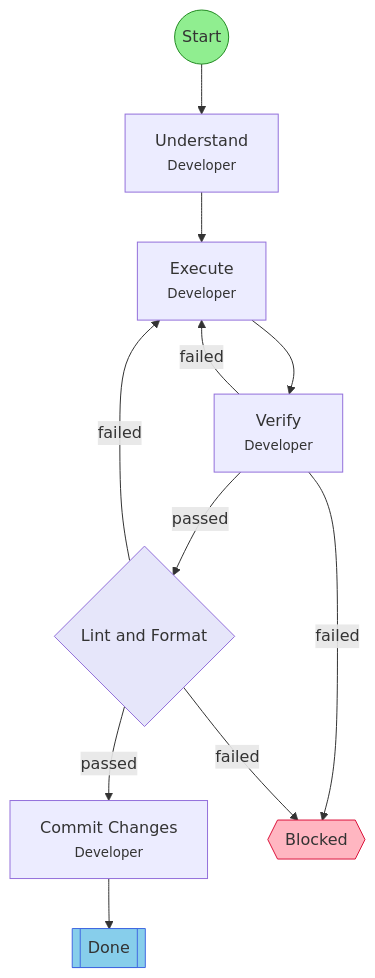
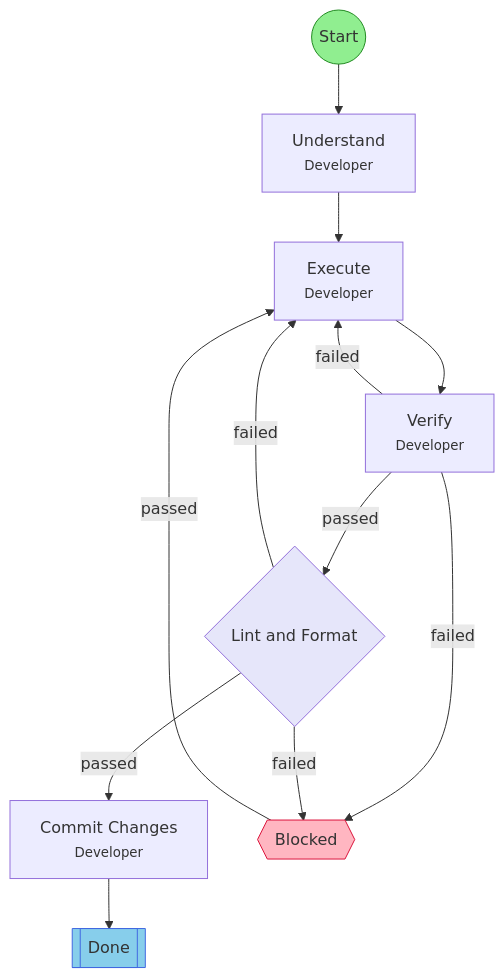
One commit to leclabs/agent-toolkit changed the diagram in .flow/diagrams/quick-task.md. Above: the diagram before and after it, drawn with Mermaid. The commit also changed other lines of this file and 23 other files, not shown here.

First line of the commit message:
feat: enrich fork responses with per-branch step info for parallel task sets

````diff
--- a/.flow/diagrams/quick-task.md
+++ b/.flow/diagrams/quick-task.md
@@ -7,32 +7,34 @@
 ```mermaid
 flowchart TD
     start(("Start"))
     understand["Understand<br/><small>Developer</small>"]
     execute["Execute<br/><small>Developer</small>"]
     verify["Verify<br/><small>Developer</small>"]
     lint_format{"Lint and Format"}
     commit["Commit Changes<br/><small>Developer</small>"]
     end_success[["Done"]]
     hitl_blocked{{"Blocked"}}
 
     start --> understand
     understand --> execute
     execute --> verify
     verify -->|passed| lint_format
     verify -->|failed| execute
     verify -->|failed| hitl_blocked
     lint_format -->|passed| commit
     lint_format -->|failed| execute
     lint_format -->|failed| hitl_blocked
     commit --> end_success
+    hitl_blocked -->|passed| execute
 
     classDef startStep fill:#90EE90,stroke:#228B22
     classDef successStep fill:#87CEEB,stroke:#4169E1
     classDef hitlStep fill:#FFB6C1,stroke:#DC143C
     classDef gateStep fill:#E6E6FA,stroke:#9370DB
+    classDef forkJoinStep fill:#FFEAA7,stroke:#FDCB6E
     classDef currentStep fill:#FFD700,stroke:#FF8C00,stroke-width:3px
     class start startStep
     class end_success successStep
     class hitl_blocked hitlStep
     class lint_format gateStep
 ```
````
